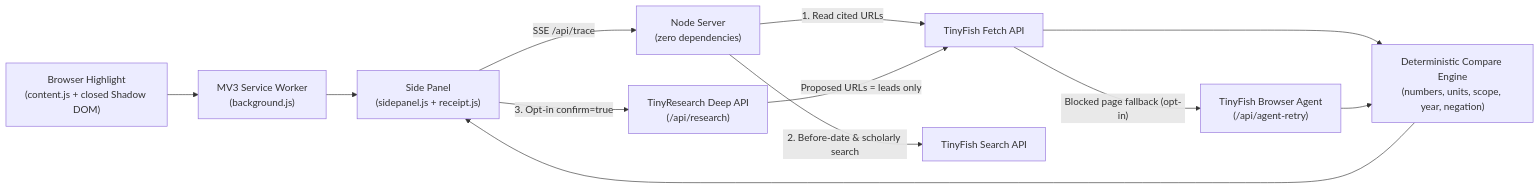
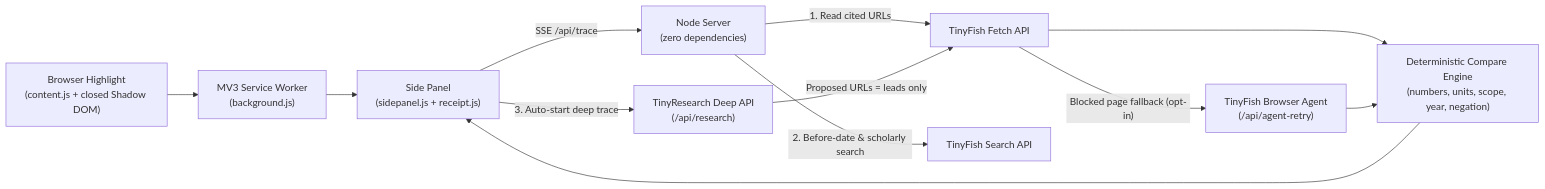
Before and after one commit to CursedRuntime404/source-hunter: the diagram in README.md, drawn with Mermaid. The commit also changed other lines of this file and 20 other files, not shown here.

Commit message:
Make TinyResearch the default deep trace

````diff
--- a/README.md
+++ b/README.md
@@ -45,14 +45,14 @@
 ```mermaid
 flowchart LR
   Sel["Browser Highlight\n(content.js + closed Shadow DOM)"] --> BG["MV3 Service Worker\n(background.js)"]
   BG --> Panel["Side Panel\n(sidepanel.js + receipt.js)"]
   Panel -->|"SSE /api/trace"| Srv["Node Server\n(zero dependencies)"]
   Srv -->|"1. Read cited URLs"| Fetch["TinyFish Fetch API"]
   Srv -->|"2. Before-date & scholarly search"| Search["TinyFish Search API"]
   Fetch -->|"Blocked page fallback (opt-in)"| Agent["TinyFish Browser Agent\n(/api/agent-retry)"]
-  Panel -->|"3. Opt-in confirm=true"| Research["TinyResearch Deep API\n(/api/research)"]
+  Panel -->|"3. Auto-start deep trace"| Research["TinyResearch Deep API\n(/api/research)"]
   Research -->|"Proposed URLs = leads only"| Fetch
   Fetch --> Cmp["Deterministic Compare Engine\n(numbers, units, scope, year, negation)"]
   Agent --> Cmp
   Cmp --> Panel
 ```
````
